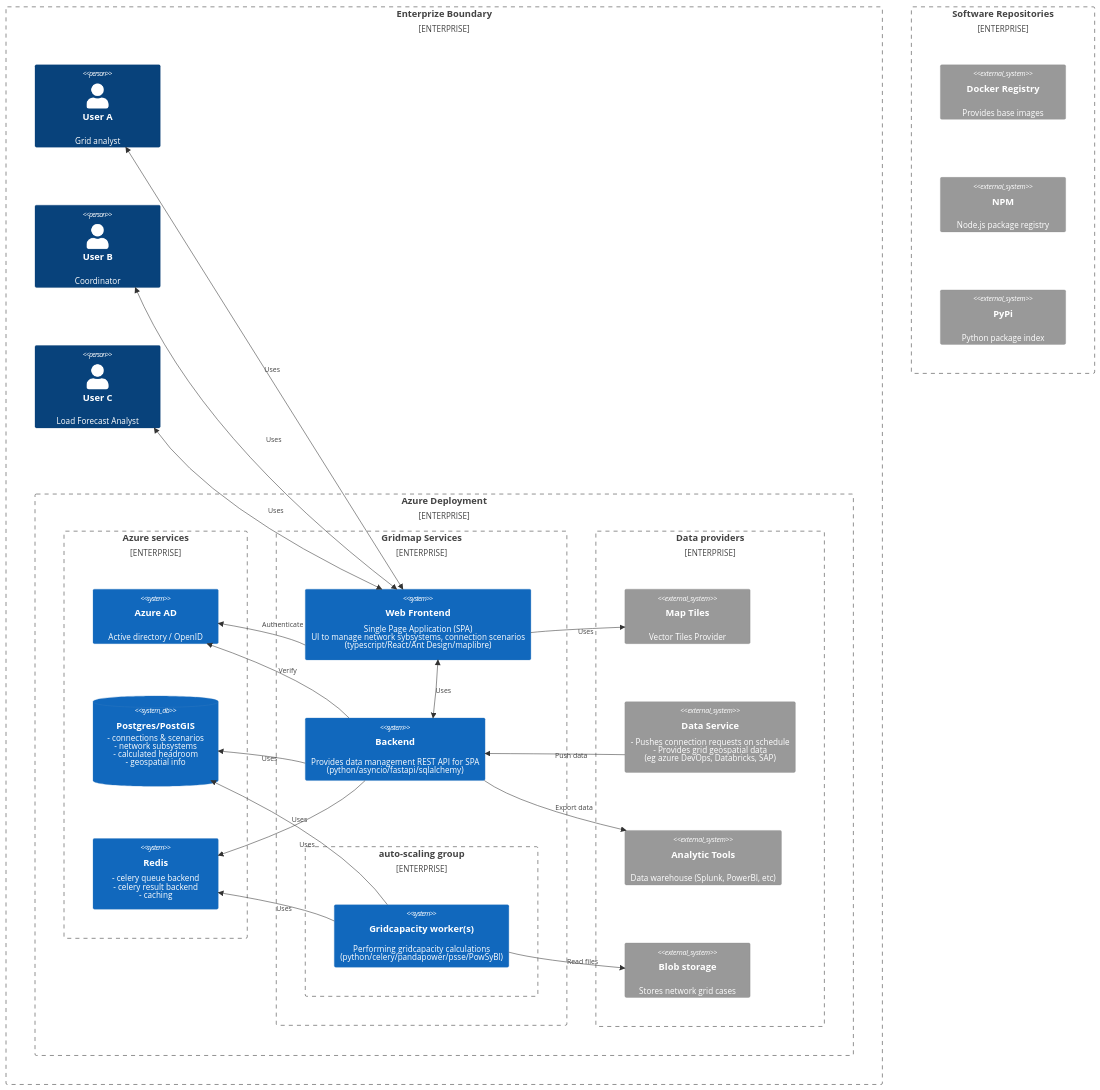
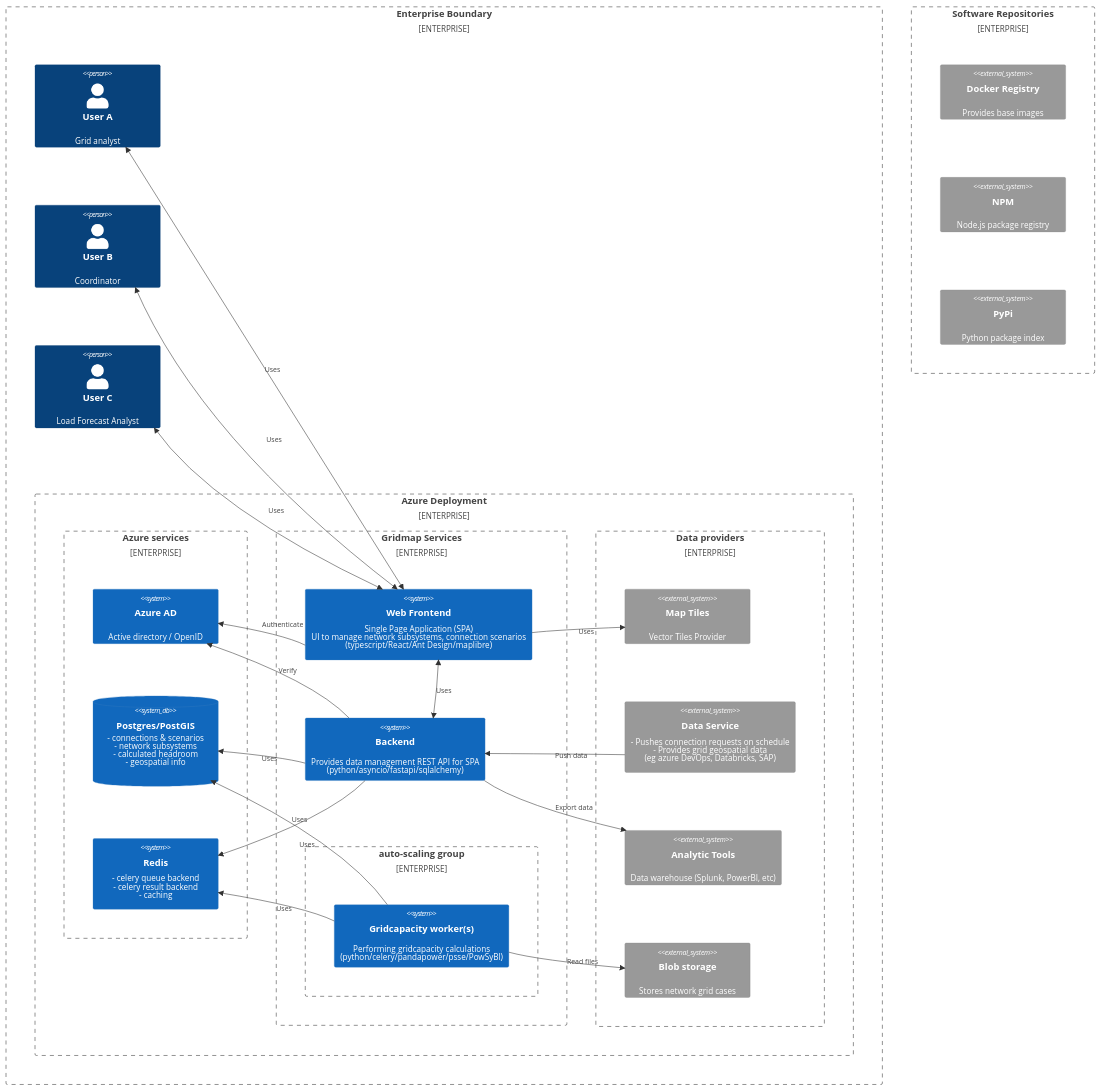
The diagram in docs/overview.md (gridcapacitymap/gridcapacitymap-web), drawn with Mermaid before and after one commit. The commit also changed other lines of this file and 6 other files, not shown here.

````diff
--- a/docs/overview.md
+++ b/docs/overview.md
@@ -5,68 +5,68 @@
 ```mermaid
 C4Component
-      Enterprise_Boundary(b0, "Enterprize Boundary") {
+      Enterprise_Boundary(b0, "Enterprise Boundary") {
         Person(customerA, "User A", "Grid analyst")
         Person(customerB, "User B", "Coordinator")
         Person(customerC, "User C", "Load Forecast Analyst")
 
         Enterprise_Boundary(b1, "Azure Deployment") {
             Enterprise_Boundary(b2, "Azure services") {
                 System(SystemG, "Azure AD", "Active directory / OpenID")
 
                 SystemDb(SystemD, "Postgres/PostGIS", "- connections & scenarios<br />- network subsystems<br />- calculated headroom<br />- geospatial info")
 
                 System(SystemF, "Redis", "- celery queue backend<br />- celery result backend<br />- caching")
             }
 
             Enterprise_Boundary(b5, "Gridmap Services") {
-                System(SystemAA, "Web Frontend", "Single Page Application (SPA)<br />UI to manage network sybsystems, connection scenarios<br />(typescript/React/Ant Design/maplibre)")
+                System(SystemAA, "Web Frontend", "Single Page Application (SPA)<br />UI to manage network subsystems, connection scenarios<br />(typescript/React/Ant Design/maplibre)")
 
                 System(SystemE, "Backend", "Provides data management REST API for SPA <br />(python/asyncio/fastapi/sqlalchemy)")
 
                 Enterprise_Boundary(b3, "auto-scaling group") {
                     System(SystemBA, "Gridcapacity worker(s)", "Performing gridcapacity calculations<br />(python/celery/pandapower/psse/PowSyBl)")
                 }
             }
 
             Enterprise_Boundary(b4, "Data providers") {
                 System_Ext(SystemCC, "Map Tiles", "Vector Tiles Provider")
 
                 System_Ext(SystemCB, "Data Service", "- Pushes connection requests on schedule<br />- Provides grid geospatial data<br />(eg azure DevOps, Databricks, SAP)")
                 System_Ext(SystemCD, "Analytic Tools", "Data warehouse (Splunk, PowerBI, etc)")
 
                 System_Ext(SystemCA, "Blob storage", "Stores network grid cases")
             }
         }
       }
 
     Enterprise_Boundary(b6, "Software Repositories") {
         System_Ext(SystemDA, "Docker Registry", "Provides base images")
         System_Ext(SystemDB, "NPM", "Node.js package registry")
         System_Ext(SystemDC, "PyPi", "Python package index")
     }
 
     BiRel(customerA, SystemAA, "Uses")
     BiRel(customerB, SystemAA, "Uses")
     BiRel(customerC, SystemAA, "Uses")
 
     BiRel(SystemAA, SystemE, "Uses")
     Rel_U(SystemAA, SystemCC, "Uses")
     Rel_U(SystemE, SystemCD, "Export data")
 
     Rel_U(SystemAA, SystemG, "Authenticate")
     Rel_U(SystemE, SystemD, "Uses")
 
     Rel_U(SystemE, SystemG, "Verify")
     Rel_U(SystemE, SystemF, "Uses")
 
     Rel_U(SystemBA, SystemF, "Uses")
     Rel_U(SystemBA, SystemD, "Uses")
 
     Rel_U(SystemBA, SystemCA, "Read files")
     Rel_U(SystemCB, SystemE, "Push data")
 
     UpdateRelStyle(SystemAA, SystemG, $offsetY="-20")
     UpdateRelStyle(SystemE, SystemG, $offsetY="-20")
 
     UpdateLayoutConfig($c4ShapeInRow="10", $c4BoundaryInRow="4")
 ```
````
